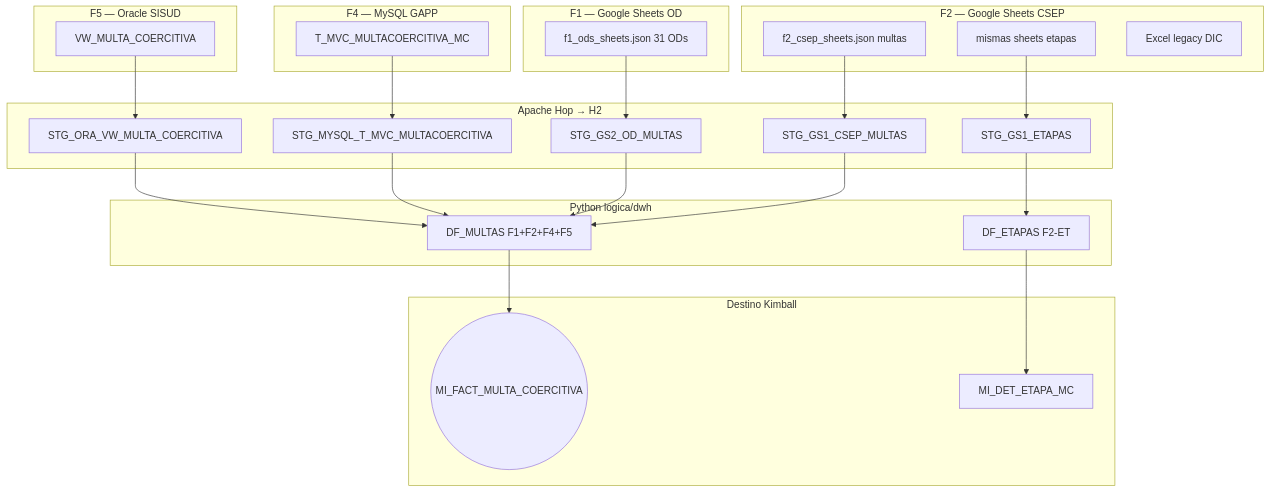
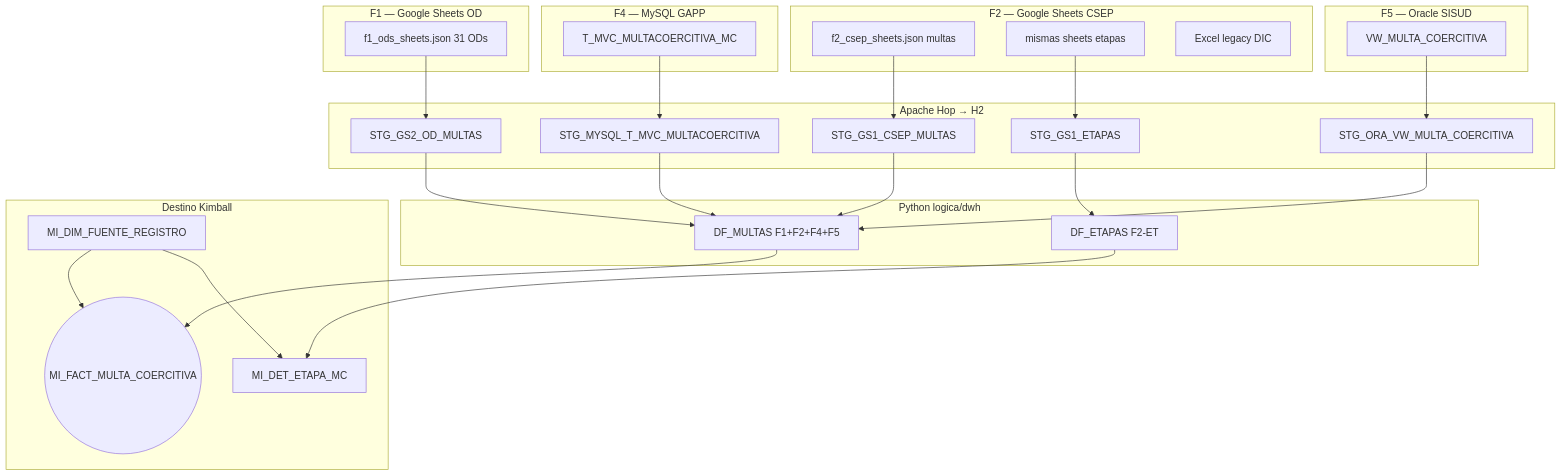
One commit to nwodevops/multa_informes_etl changed the first of 3 diagrams in docs/adjuntos/modelo-kimball.md. Above: the diagram before and after it, drawn with Mermaid. The commit also changed other lines of this file and 11 other files, not shown here.

First line of the commit message:
feat(dw): add MI_DIM_FUENTE_REGISTRO and beginner Kimball guide.

````diff
--- a/docs/adjuntos/modelo-kimball.md
+++ b/docs/adjuntos/modelo-kimball.md
@@ -16,39 +18,42 @@
 ```mermaid
 flowchart TB
   subgraph F1 [F1 — Google Sheets OD]
     X1["f1_ods_sheets.json 31 ODs"]
   end
   subgraph F2 [F2 — Google Sheets CSEP]
     X2M["f2_csep_sheets.json multas"]
     X2E["mismas sheets etapas"]
     X2D["Excel legacy DIC"]
   end
   subgraph F4 [F4 — MySQL GAPP]
     M4["T_MVC_MULTACOERCITIVA_MC"]
   end
   subgraph F5 [F5 — Oracle SISUD]
     O5["VW_MULTA_COERCITIVA"]
   end
   subgraph hop [Apache Hop → H2]
     S2["STG_GS2_OD_MULTAS"]
     S1["STG_GS1_CSEP_MULTAS"]
     SE["STG_GS1_ETAPAS"]
     SM["STG_MYSQL_T_MVC_MULTACOERCITIVA"]
     SV["STG_ORA_VW_MULTA_COERCITIVA"]
   end
   subgraph python [Python logica/dwh]
     DF_M["DF_MULTAS F1+F2+F4+F5"]
     DF_E["DF_ETAPAS F2-ET"]
   end
   subgraph destino [Destino Kimball]
+    DIMF["MI_DIM_FUENTE_REGISTRO"]
     FMC(("MI_FACT_MULTA_COERCITIVA"))
     DET["MI_DET_ETAPA_MC"]
   end
   X1 --> S2 --> DF_M
   X2M --> S1 --> DF_M
   X2E --> SE --> DF_E
   M4 --> SM --> DF_M
   O5 --> SV --> DF_M
   DF_M --> FMC
   DF_E --> DET
+  DIMF --> FMC
+  DIMF --> DET
 ```
````
